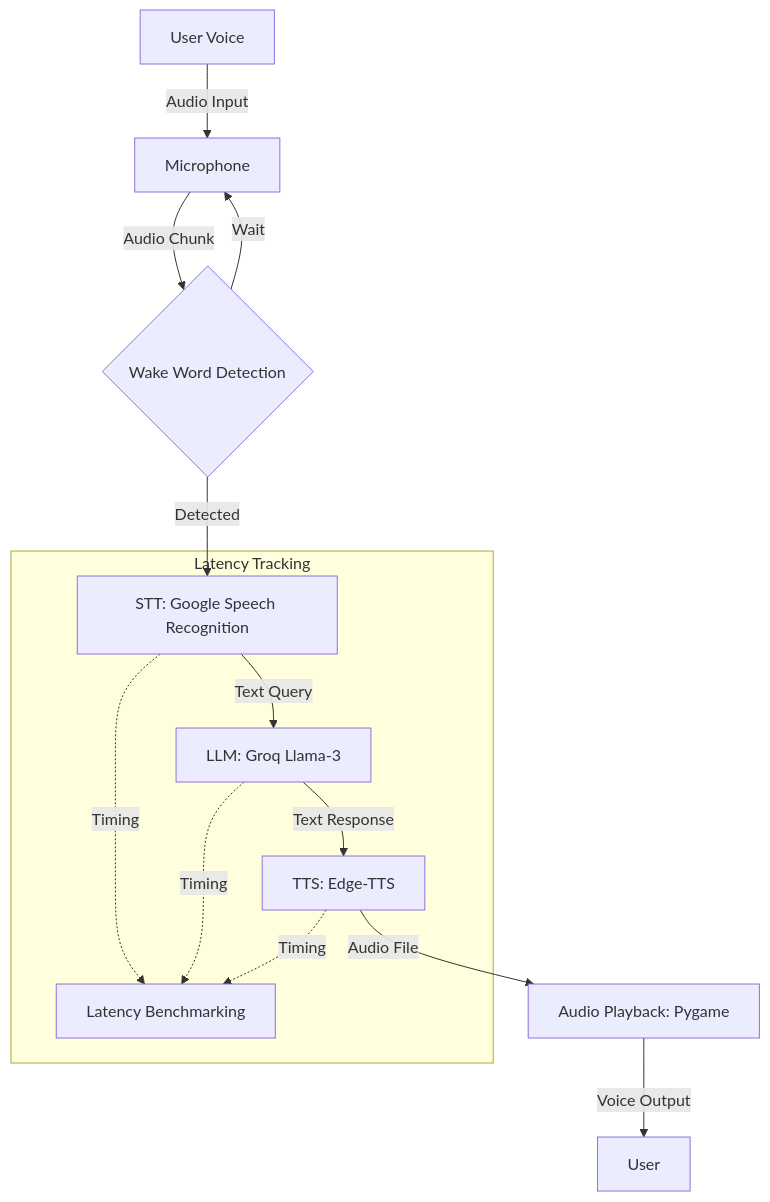
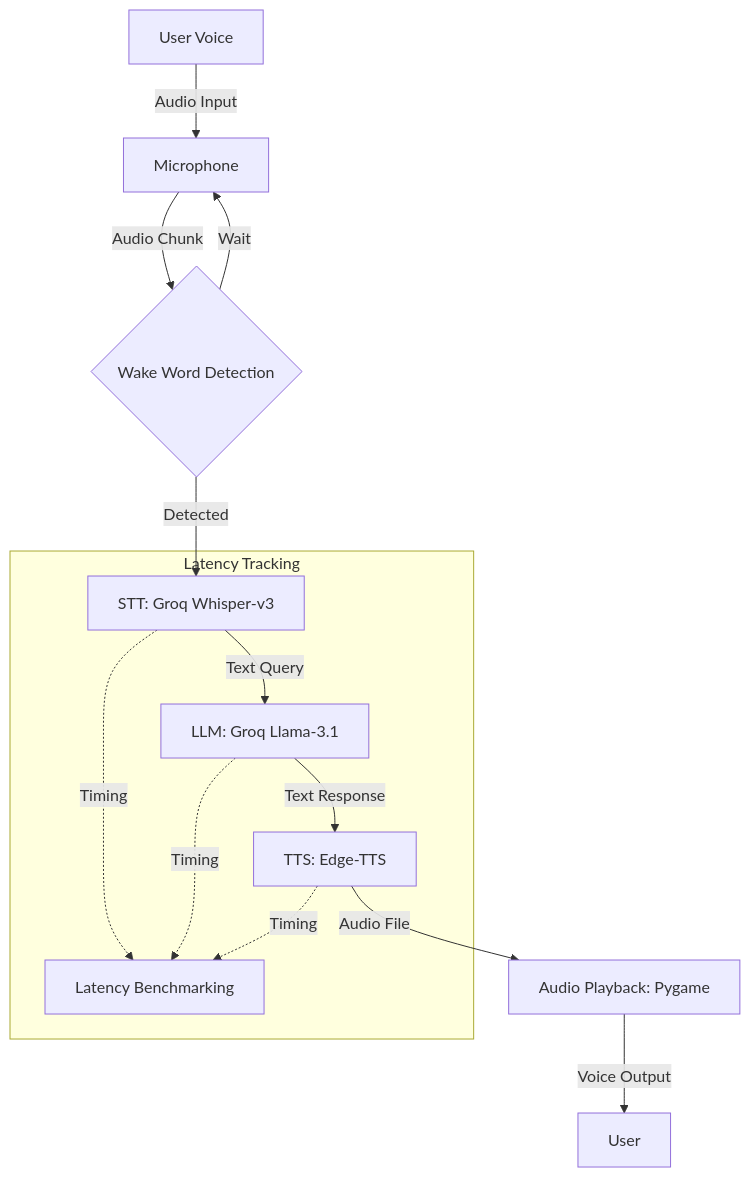
The diagram in architecture.md (harsh-pratapsingh24/NOVA-VOICE), drawn with Mermaid before and after one commit. The commit also changed other lines of this file and 3 other files, not shown here.

Commit message:
Upgrade: Integrated Groq Whisper-v3 for ultra-low latency STT

````diff
--- a/architecture.md
+++ b/architecture.md
@@ -3,17 +3,17 @@
 ```mermaid
 graph TD
     A[User Voice] -->|Audio Input| B[Microphone]
     B -->|Audio Chunk| C{Wake Word Detection}
-    C -->|Detected| D[STT: Google Speech Recognition]
+    C -->|Detected| D[STT: Groq Whisper-v3]
     C -->|Wait| B
-    D -->|Text Query| E[LLM: Groq Llama-3]
+    D -->|Text Query| E[LLM: Groq Llama-3.1]
     E -->|Text Response| F[TTS: Edge-TTS]
     F -->|Audio File| G[Audio Playback: Pygame]
     G -->|Voice Output| H[User]
     
     subgraph Latency Tracking
         D -.-> |Timing| I[Latency Benchmarking]
         E -.-> |Timing| I
         F -.-> |Timing| I
     end
 ```
````
